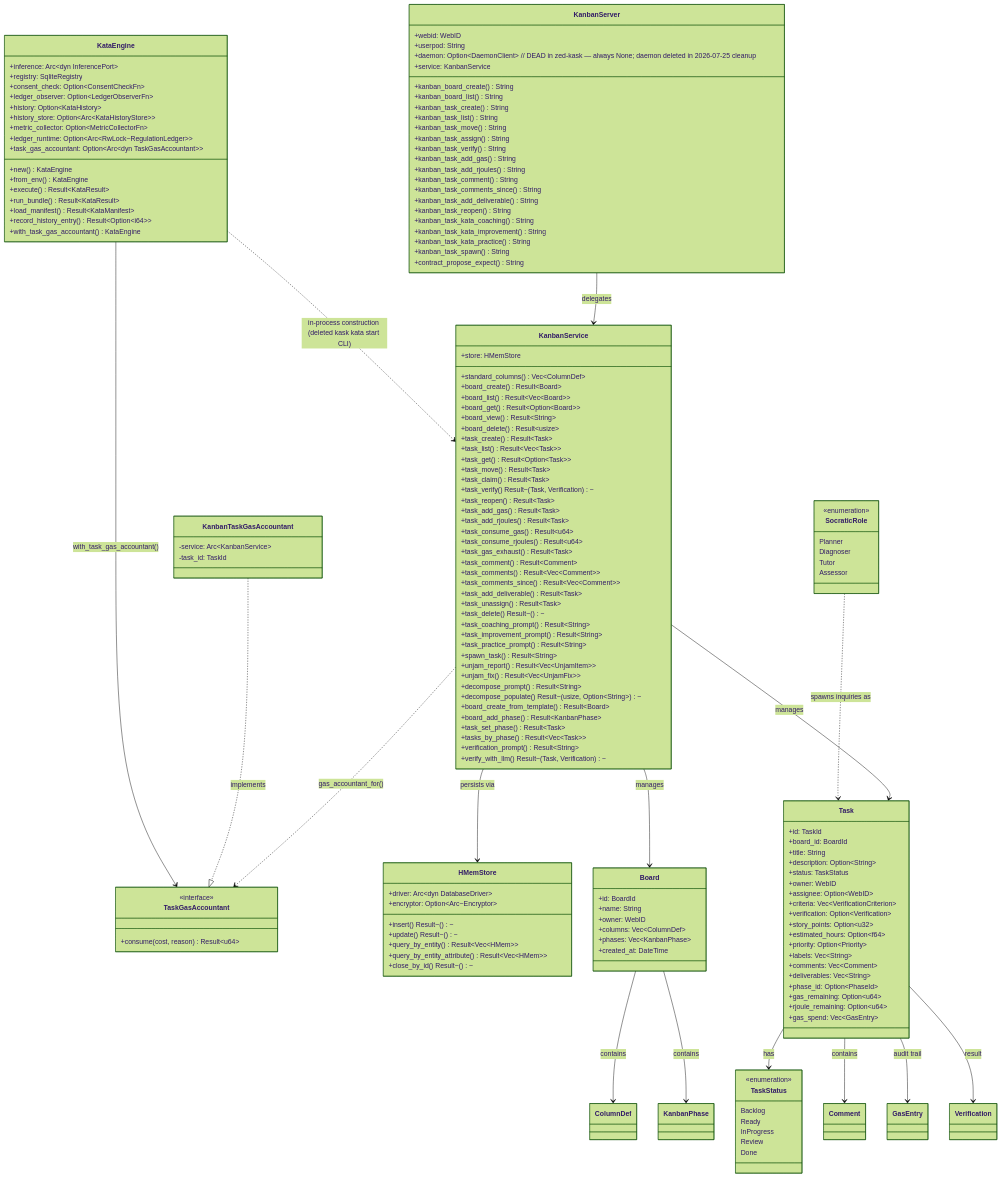
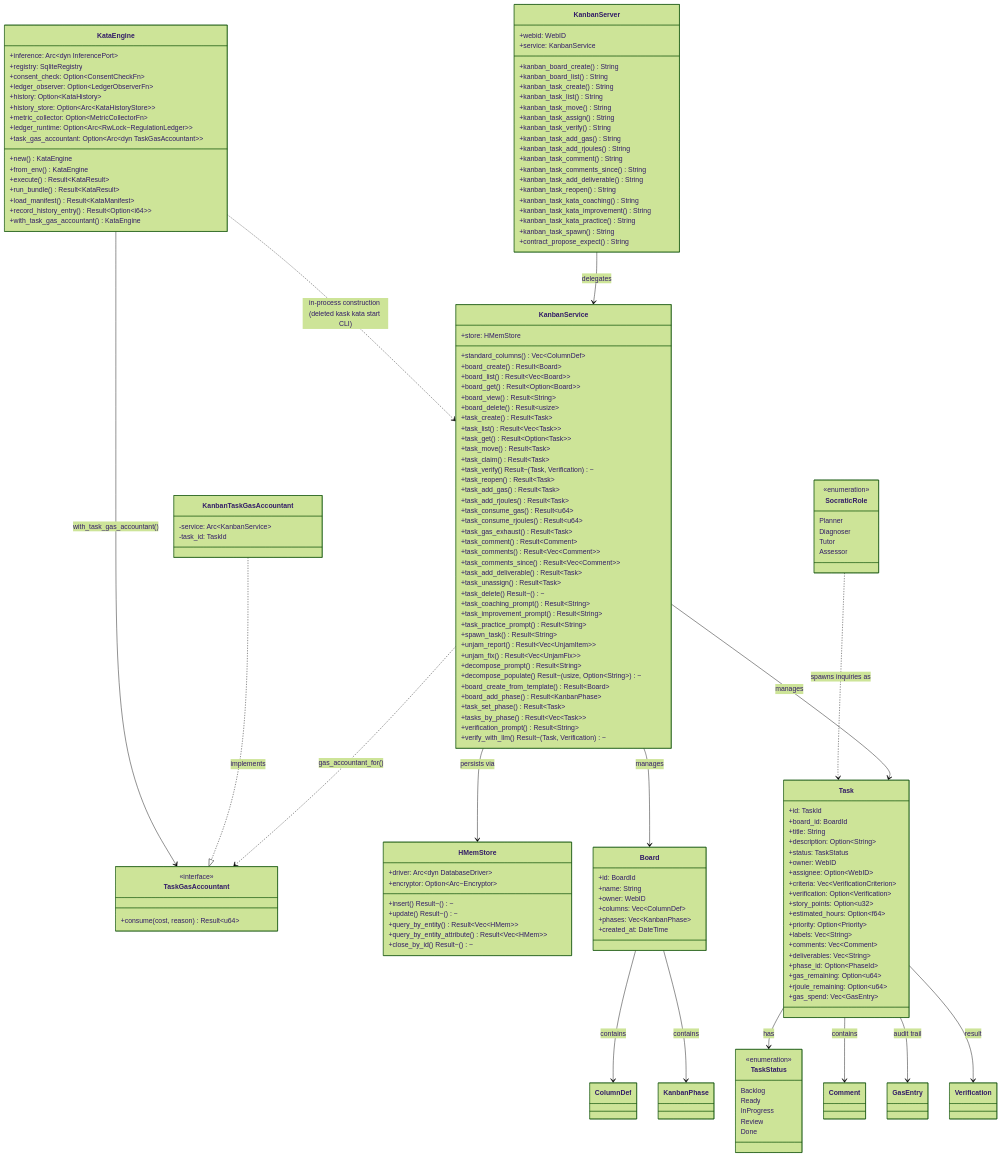
The diagram in kask/docs/reference/mcp-servers/README.md (mdz-axo/zed-kask), drawn with Mermaid (forest theme) before and after one commit. The commit also changed other lines of this file and 18 other files, not shown here.

```diff
--- a/kask/docs/reference/mcp-servers/README.md
+++ b/kask/docs/reference/mcp-servers/README.md
@@ -90,8 +93,6 @@
 
     class KanbanServer {
         +webid: WebID
-        +userpod: String
-        +daemon: Option~DaemonClient~  // DEAD in zed-kask — always None; daemon deleted in 2026-07-25 cleanup
         +service: KanbanService
         +kanban_board_create() String
         +kanban_board_list() String
```
